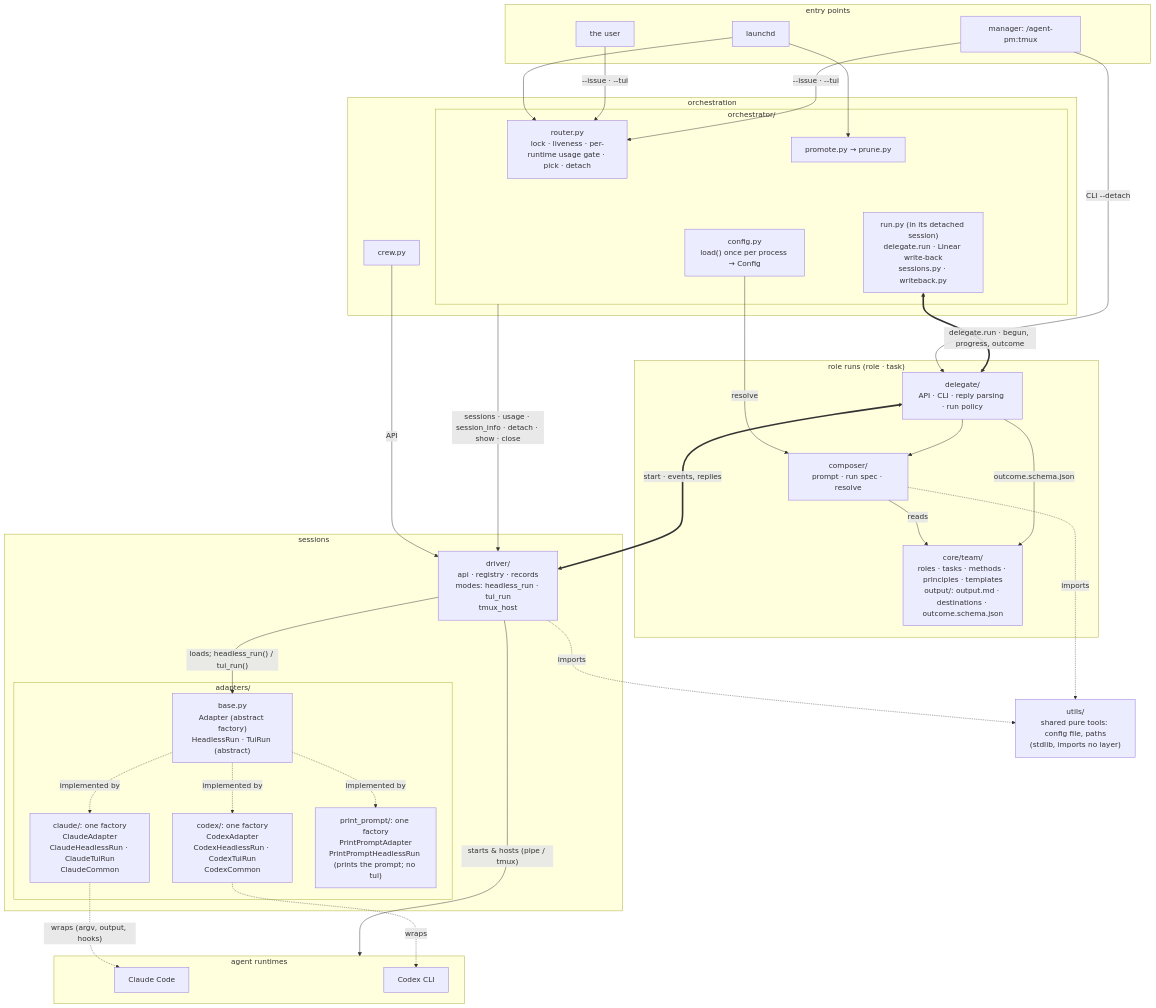
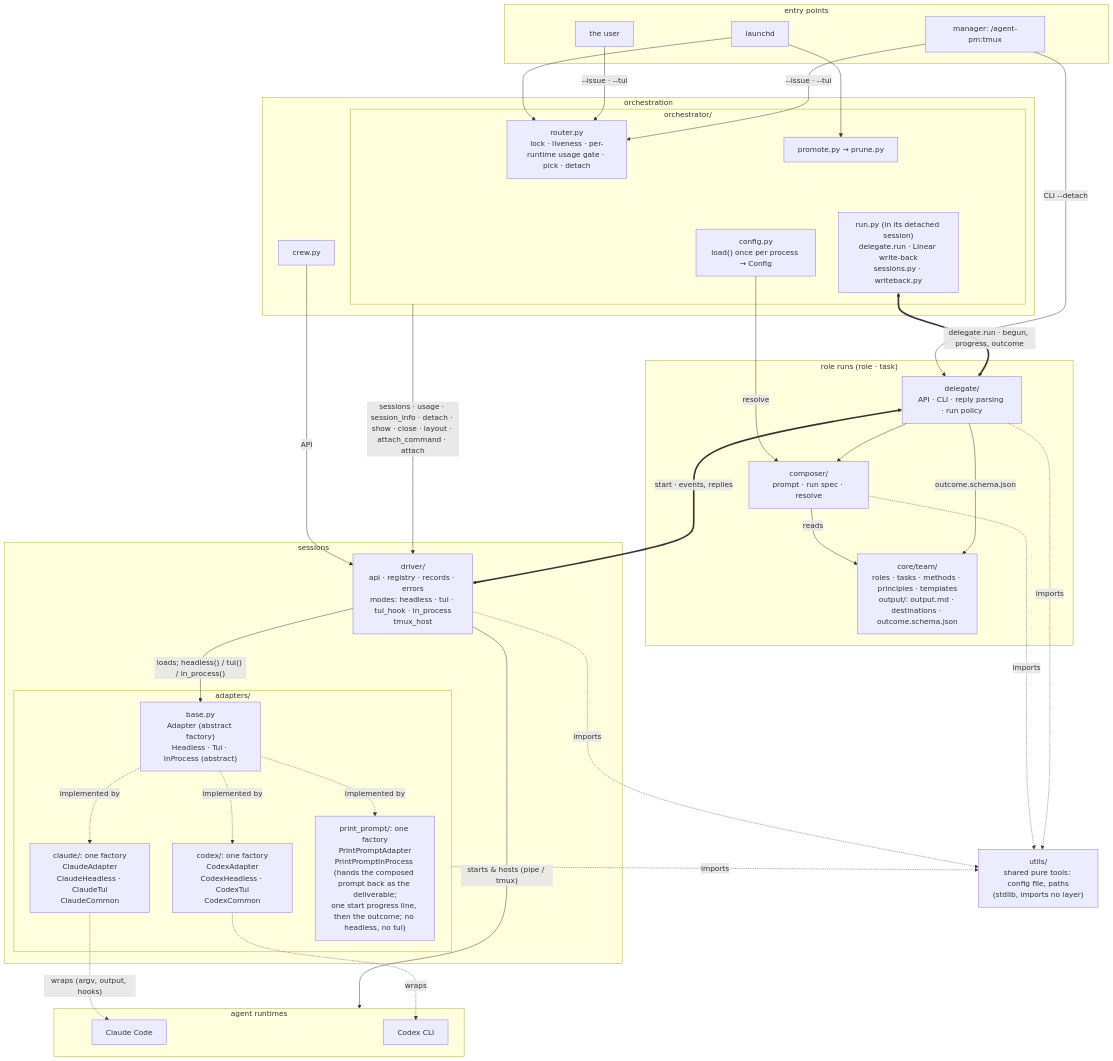
Before and after one commit to ophis/agent-pm: the second of 4 diagrams in README.md, drawn with Mermaid. The commit also changed other lines of this file, not shown here.

Commit message:
README: architecture diagram after TASK-319 (mode renames, in_process, utils edges)
Claude-Session: https://claude.ai/code/session_01DWNTKp8E4ZkndBswMuqLEu

````diff
--- a/README.md
+++ b/README.md
@@ -20,58 +20,60 @@
 ```mermaid
 flowchart TB
   subgraph EN[entry points]
     LD[launchd]
     HU[the user]
     M["manager: /agent-pm:tmux"]
   end
   subgraph L1[orchestration]
     subgraph OR[orchestrator/]
       R["router.py<br>lock · liveness · per-runtime usage gate · pick · detach"]
       RU["run.py (in its detached session)<br>delegate.run · Linear write-back<br>sessions.py · writeback.py"]
       PP["promote.py → prune.py"]
       CF["config.py<br>load() once per process → Config"]
     end
     W[crew.py]
   end
   subgraph L2["role runs (role · task)"]
     D["delegate/<br>API · CLI · reply parsing · run policy"]
     C["composer/<br>prompt · run spec · resolve"]
     T["core/team/<br>roles · tasks · methods · principles · templates<br>output/: output.md · destinations · outcome.schema.json"]
   end
   subgraph L3[sessions]
-    DR["driver/<br>api · registry · records<br>modes: headless_run · tui_run<br>tmux_host"]
+    DR["driver/<br>api · registry · records · errors<br>modes: headless · tui · tui_hook · in_process<br>tmux_host"]
     subgraph AD[adapters/]
-      B["base.py<br>Adapter (abstract factory)<br>HeadlessRun · TuiRun (abstract)"]
-      CL["claude/: one factory<br>ClaudeAdapter<br>ClaudeHeadlessRun · ClaudeTuiRun<br>ClaudeCommon"]
-      CX["codex/: one factory<br>CodexAdapter<br>CodexHeadlessRun · CodexTuiRun<br>CodexCommon"]
-      PP2["print_prompt/: one factory<br>PrintPromptAdapter<br>PrintPromptHeadlessRun (prints the prompt; no tui)"]
+      B["base.py<br>Adapter (abstract factory)<br>Headless · Tui · InProcess (abstract)"]
+      CL["claude/: one factory<br>ClaudeAdapter<br>ClaudeHeadless · ClaudeTui<br>ClaudeCommon"]
+      CX["codex/: one factory<br>CodexAdapter<br>CodexHeadless · CodexTui<br>CodexCommon"]
+      PP2["print_prompt/: one factory<br>PrintPromptAdapter<br>PrintPromptInProcess (hands the composed prompt back as the deliverable;<br>one start progress line, then the outcome; no headless, no tui)"]
     end
   end
   U["utils/<br>shared pure tools: config file, paths<br>(stdlib, imports no layer)"]
   subgraph RT[agent runtimes]
     P1[Claude Code]
     P2[Codex CLI]
   end
   LD --> R & PP
   HU -->|"--issue · --tui"| R
   M -->|"--issue · --tui"| R
   M -->|"CLI --detach"| D
   W -->|API| DR
   RU <==>|"delegate.run · begun, progress, outcome"| D
   CF -->|resolve| C
-  OR -->|"sessions · usage · session_info · detach · show · close"| DR
+  OR -->|"sessions · usage · session_info · detach · show · close · layout · attach_command · attach"| DR
   D --> C
   C -->|reads| T
   D -->|"outcome.schema.json"| T
   D <==>|"start · events, replies"| DR
-  DR -->|"loads; headless_run() / tui_run()"| B
+  DR -->|"loads; headless() / tui() / in_process()"| B
   B -.->|implemented by| CL & CX & PP2
   DR -->|"starts & hosts (pipe / tmux)"| RT
   CL -.->|"wraps (argv, output, hooks)"| P1
   CX -.->|wraps| P2
   C -.->|imports| U
   DR -.->|imports| U
+  AD -.->|imports| U
+  D -.->|imports| U
   R ~~~ RU
   PP ~~~ CF
   C ~~~ DR
 ```
````
